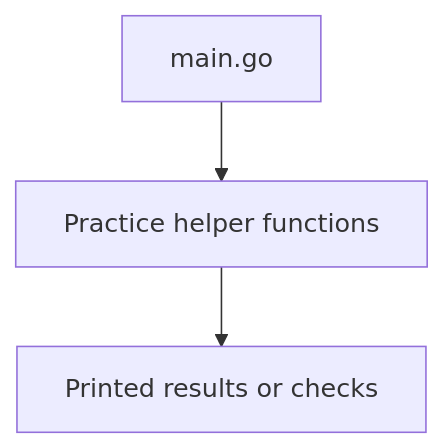
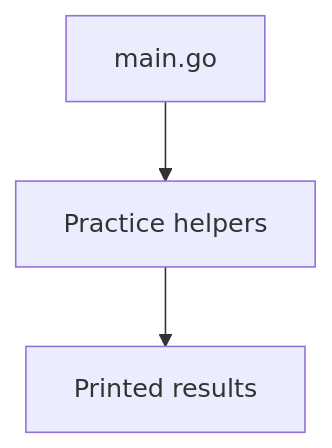
One commit to Kaushik-2005/GoFlow changed the third of 13 diagrams in docs/design.md. Above: the diagram before and after it, drawn with Mermaid. The commit also changed other lines of this file and 13 other files, not shown here.

````diff
--- a/docs/design.md
+++ b/docs/design.md
@@ -156,5 +61,5 @@
 ```mermaid
 flowchart TD
-    Main[main.go] --> Helpers[Practice helper functions]
-    Helpers --> Output[Printed results or checks]
+    Main[main.go] --> Helpers[Practice helpers]
+    Helpers --> Output[Printed results]
 ```
````
